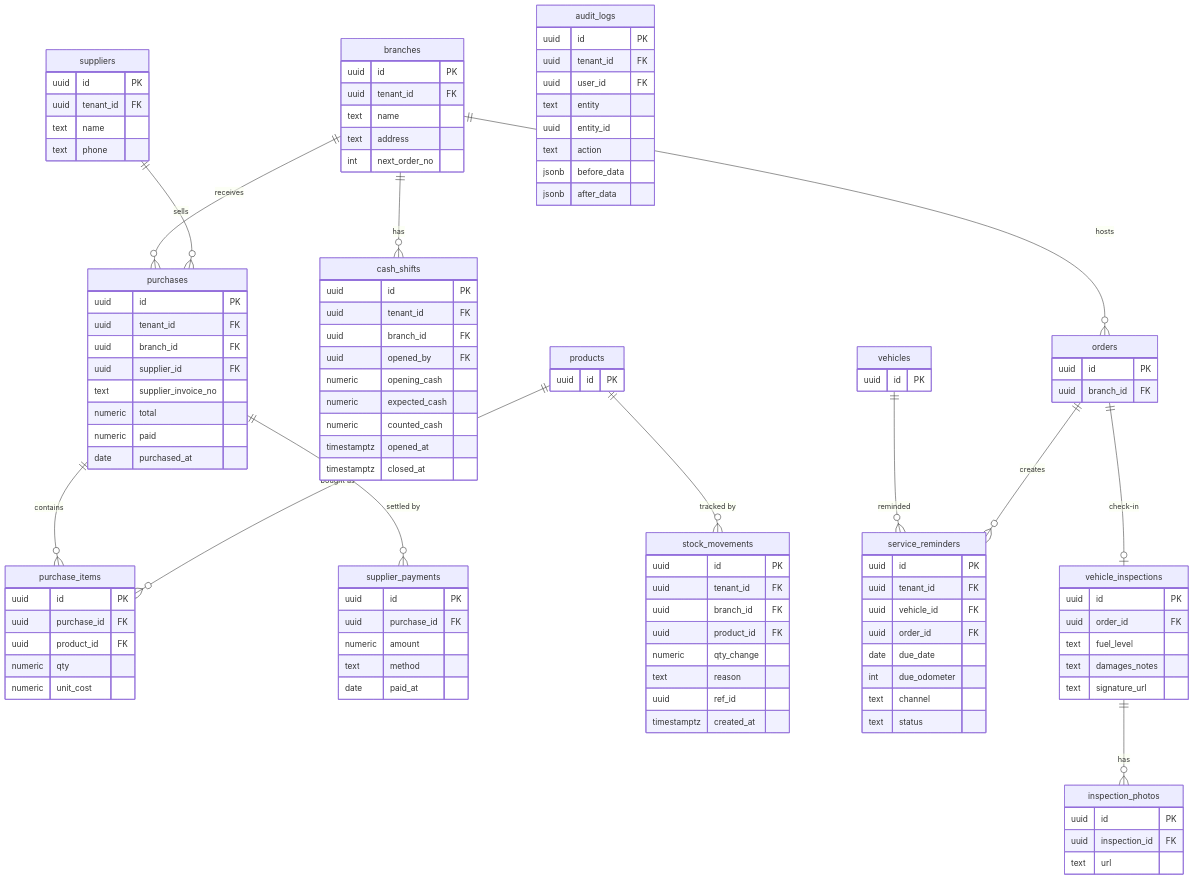
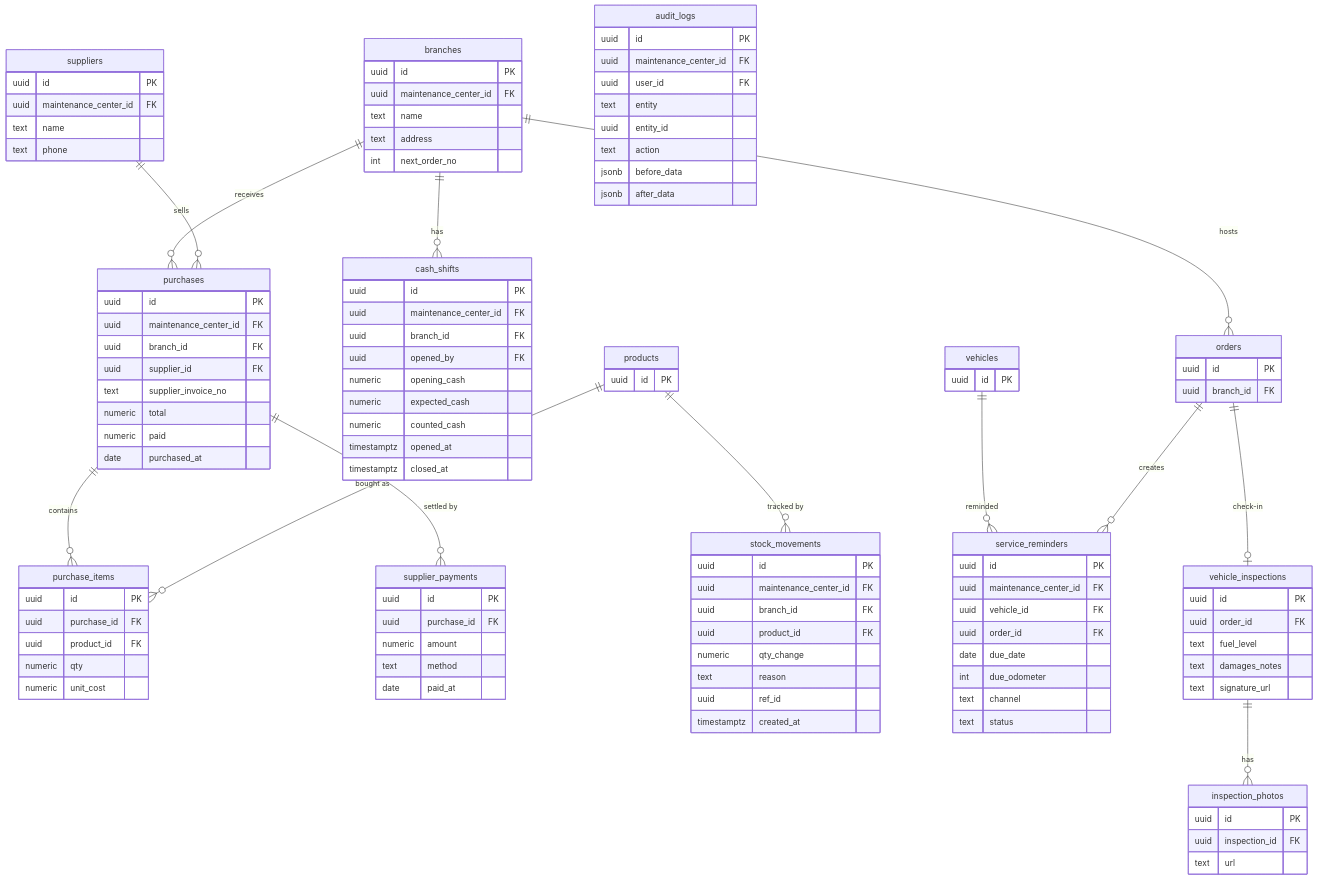
Before and after one commit to Zyad009/fix: the second of 2 diagrams in shortdoc.md, drawn with Mermaid. The commit also changed other lines of this file and 115 other files, not shown here.

First line of the commit message:
refactor!: rename tenant to maintenance center

```diff
--- a/shortdoc.md
+++ b/shortdoc.md
@@ -558,20 +559,20 @@
 erDiagram
     branches {
         uuid id PK
-        uuid tenant_id FK
+        uuid maintenance_center_id FK
         text name
         text address
         int next_order_no
     }
     suppliers {
         uuid id PK
-        uuid tenant_id FK
+        uuid maintenance_center_id FK
         text name
         text phone
     }
     purchases {
         uuid id PK
-        uuid tenant_id FK
+        uuid maintenance_center_id FK
         uuid branch_id FK
         uuid supplier_id FK
         text supplier_invoice_no
@@ -595,7 +596,7 @@
     }
     stock_movements {
         uuid id PK
-        uuid tenant_id FK
+        uuid maintenance_center_id FK
         uuid branch_id FK
         uuid product_id FK
         numeric qty_change
@@ -605,7 +606,7 @@
     }
     service_reminders {
         uuid id PK
-        uuid tenant_id FK
+        uuid maintenance_center_id FK
         uuid vehicle_id FK
         uuid order_id FK
         date due_date
@@ -627,7 +628,7 @@
     }
     cash_shifts {
         uuid id PK
-        uuid tenant_id FK
+        uuid maintenance_center_id FK
         uuid branch_id FK
         uuid opened_by FK
         numeric opening_cash
@@ -638,7 +639,7 @@
     }
     audit_logs {
         uuid id PK
-        uuid tenant_id FK
+        uuid maintenance_center_id FK
         uuid user_id FK
         text entity
         uuid entity_id
```
